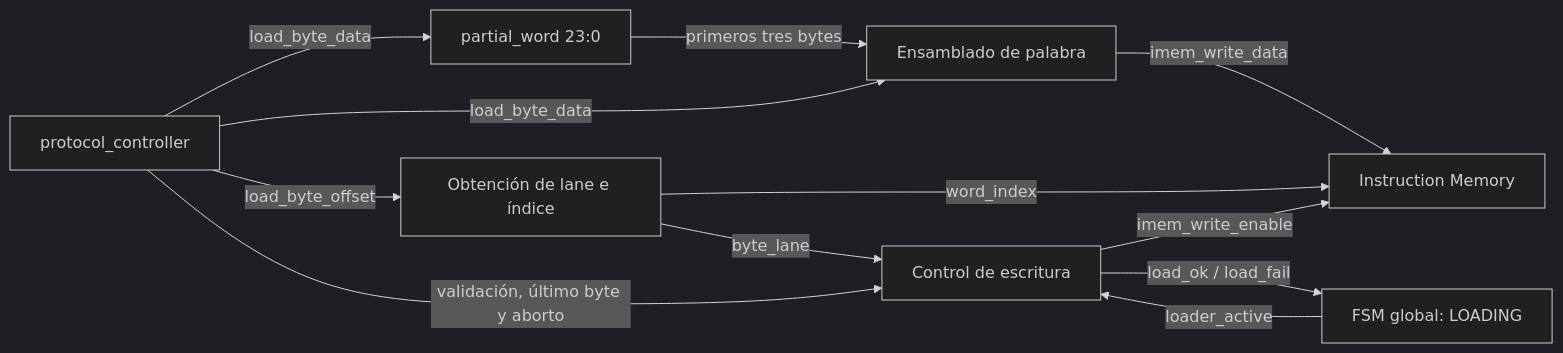
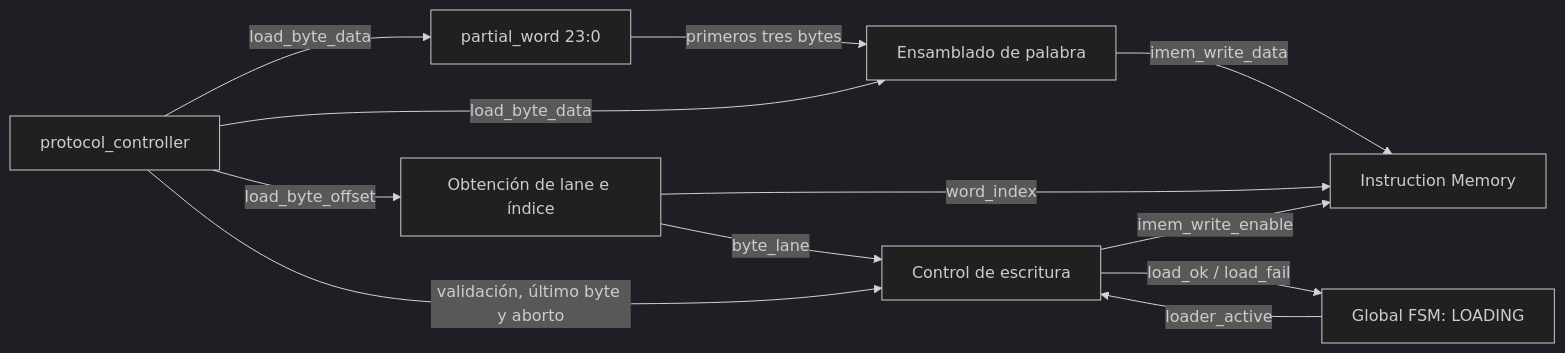
Before and after one commit to FrancoPerotti/computer-architecture-tps: the diagram in tp3/docs/architecture/session/loader.md, drawn with Mermaid (dark theme). The commit also changed other lines of this file and 50 other files, not shown here.

First line of the commit message:
docs(tp3): integrate global FSM execution control

````diff
--- a/tp3/docs/architecture/session/loader.md
+++ b/tp3/docs/architecture/session/loader.md
@@ -61,14 +61,14 @@
 ```mermaid
 flowchart LR
     CTRL[protocol_controller] -->|load_byte_data| BUFFER[partial_word 23:0]
     CTRL -->|load_byte_data| ASSEMBLE[Ensamblado de palabra]
     BUFFER -->|primeros tres bytes| ASSEMBLE
     CTRL -->|load_byte_offset| INDEX[Obtención de lane e índice]
     INDEX -->|word_index| IMEM[Instruction Memory]
     INDEX -->|byte_lane| WRITE[Control de escritura]
     CTRL -->|validación, último byte y aborto| WRITE
-    GLOBAL[FSM global: LOADING] -->|loader_active| WRITE
+    GLOBAL[Global FSM: LOADING] -->|loader_active| WRITE
     WRITE -->|imem_write_enable| IMEM
     ASSEMBLE -->|imem_write_data| IMEM
     WRITE -->|load_ok / load_fail| GLOBAL
 ```
````
